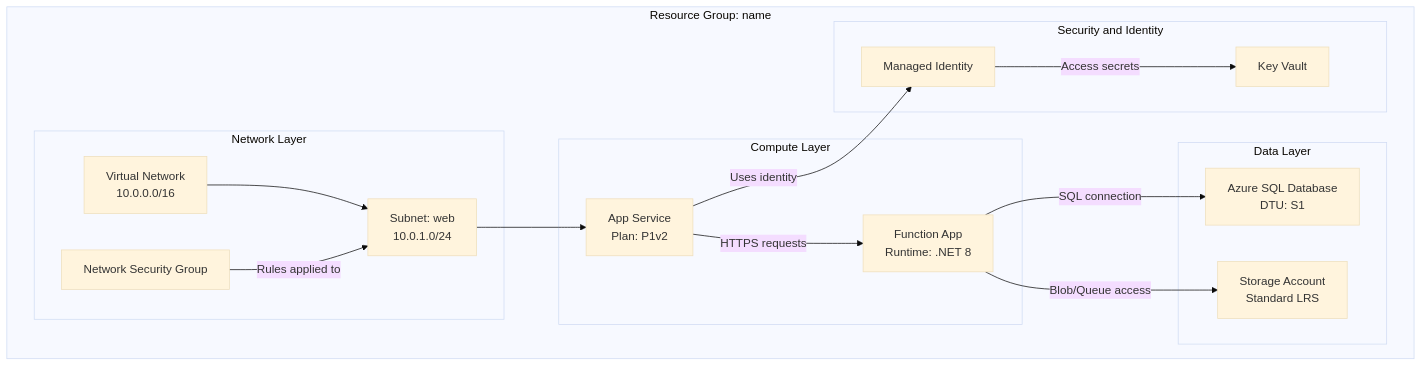
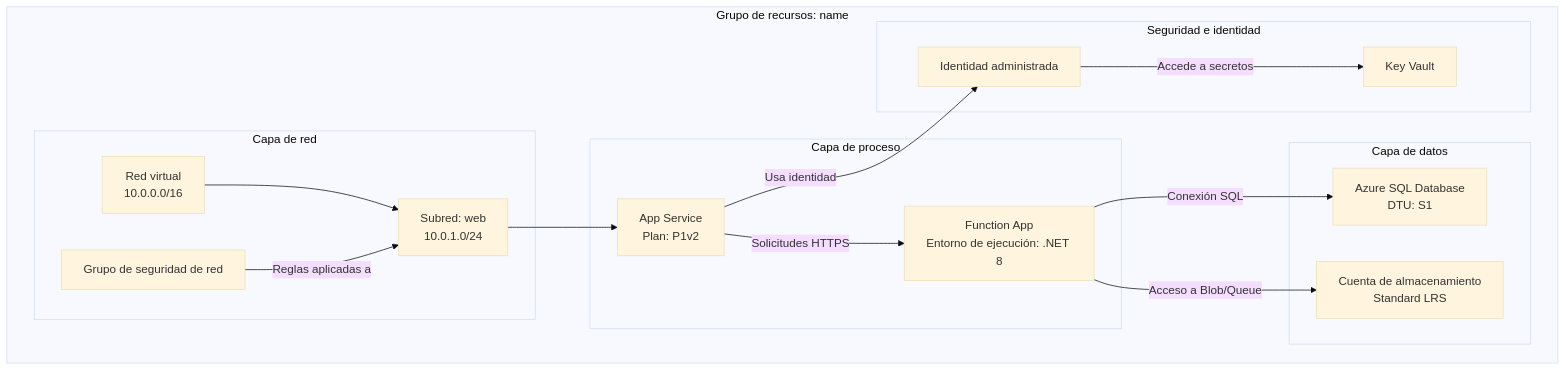
One commit to paulasilvatech/datacorp-sifap-team-kit-pt-br changed the diagram in .github/skills/azure-resource-visualizer/SKILL.md. Above: the diagram before and after it, drawn with Mermaid (base theme). The commit also changed other lines of this file and 386 other files, not shown here.

````diff
--- a/.github/skills/azure-resource-visualizer/SKILL.md
+++ b/.github/skills/azure-resource-visualizer/SKILL.md
@@ -54,30 +54,30 @@
 ```mermaid
 graph TB
-    subgraph "Resource Group: name"
-        subgraph "Network Layer"
-            VNET[Virtual Network<br/>10.0.0.0/16]
-            SUBNET1[Subnet: web<br/>10.0.1.0/24]
-            NSG[Network Security Group]
+    subgraph "Grupo de recursos: name"
+        subgraph "Capa de red"
+            VNET[Red virtual<br/>10.0.0.0/16]
+            SUBNET1[Subred: web<br/>10.0.1.0/24]
+            NSG[Grupo de seguridad de red]
         end
-        subgraph "Compute Layer"
+        subgraph "Capa de proceso"
             APP[App Service<br/>Plan: P1v2]
-            FUNC[Function App<br/>Runtime: .NET 8]
+            FUNC[Function App<br/>Entorno de ejecución: .NET 8]
         end
-        subgraph "Data Layer"
+        subgraph "Capa de datos"
             SQL[Azure SQL Database<br/>DTU: S1]
-            STORAGE[Storage Account<br/>Standard LRS]
+            STORAGE[Cuenta de almacenamiento<br/>Standard LRS]
         end
-        subgraph "Security and Identity"
+        subgraph "Seguridad e identidad"
             KV[Key Vault]
-            MI[Managed Identity]
+            MI[Identidad administrada]
         end
     end
-    APP -->|"HTTPS requests"| FUNC
-    FUNC -->|"SQL connection"| SQL
-    FUNC -->|"Blob/Queue access"| STORAGE
-    APP -->|"Uses identity"| MI
-    MI -->|"Access secrets"| KV
+    APP -->|"Solicitudes HTTPS"| FUNC
+    FUNC -->|"Conexión SQL"| SQL
+    FUNC -->|"Acceso a Blob/Queue"| STORAGE
+    APP -->|"Usa identidad"| MI
+    MI -->|"Accede a secretos"| KV
     VNET --> SUBNET1
     SUBNET1 --> APP
-    NSG -->|"Rules applied to"| SUBNET1
+    NSG -->|"Reglas aplicadas a"| SUBNET1
 ```
````
